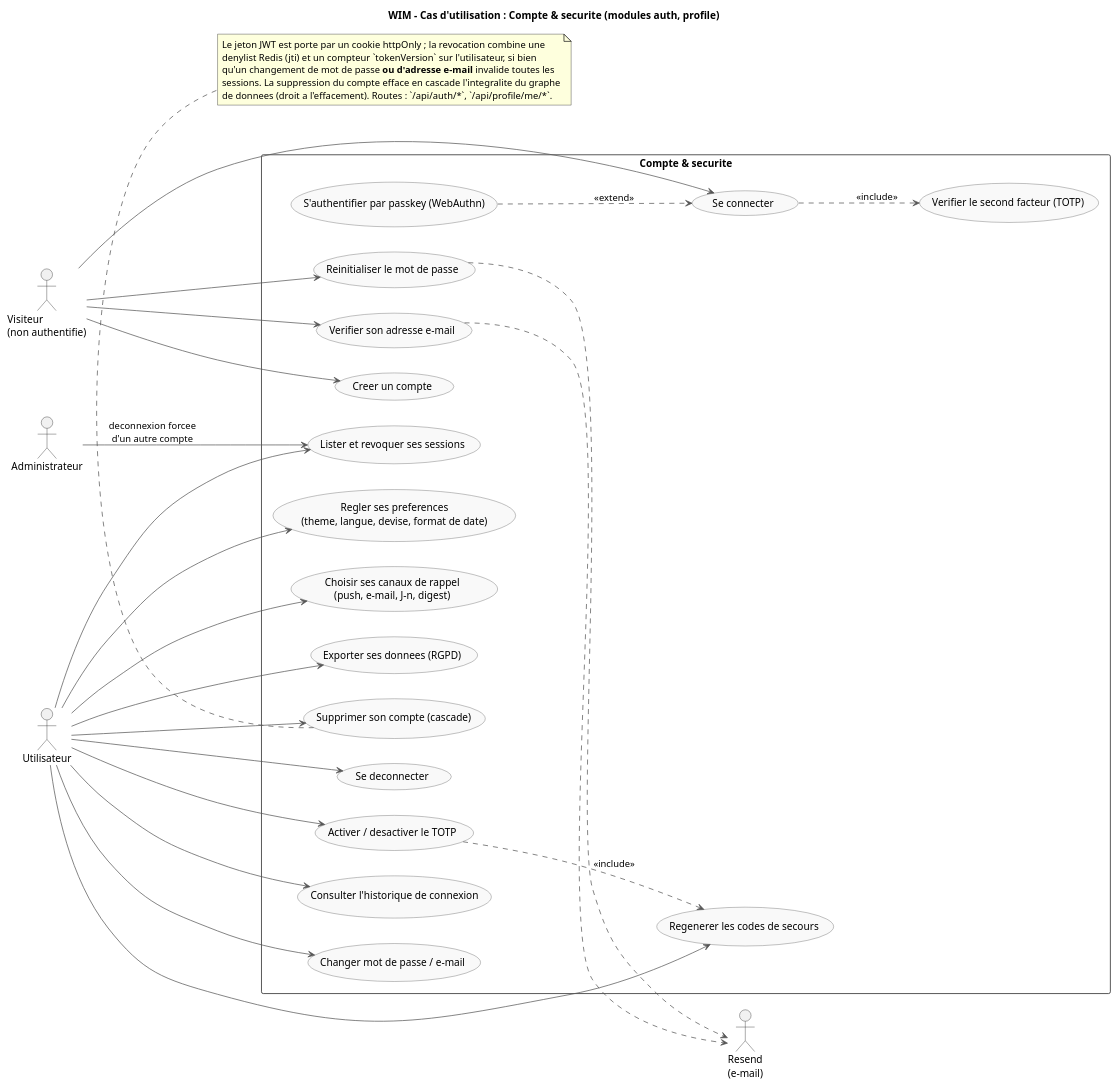
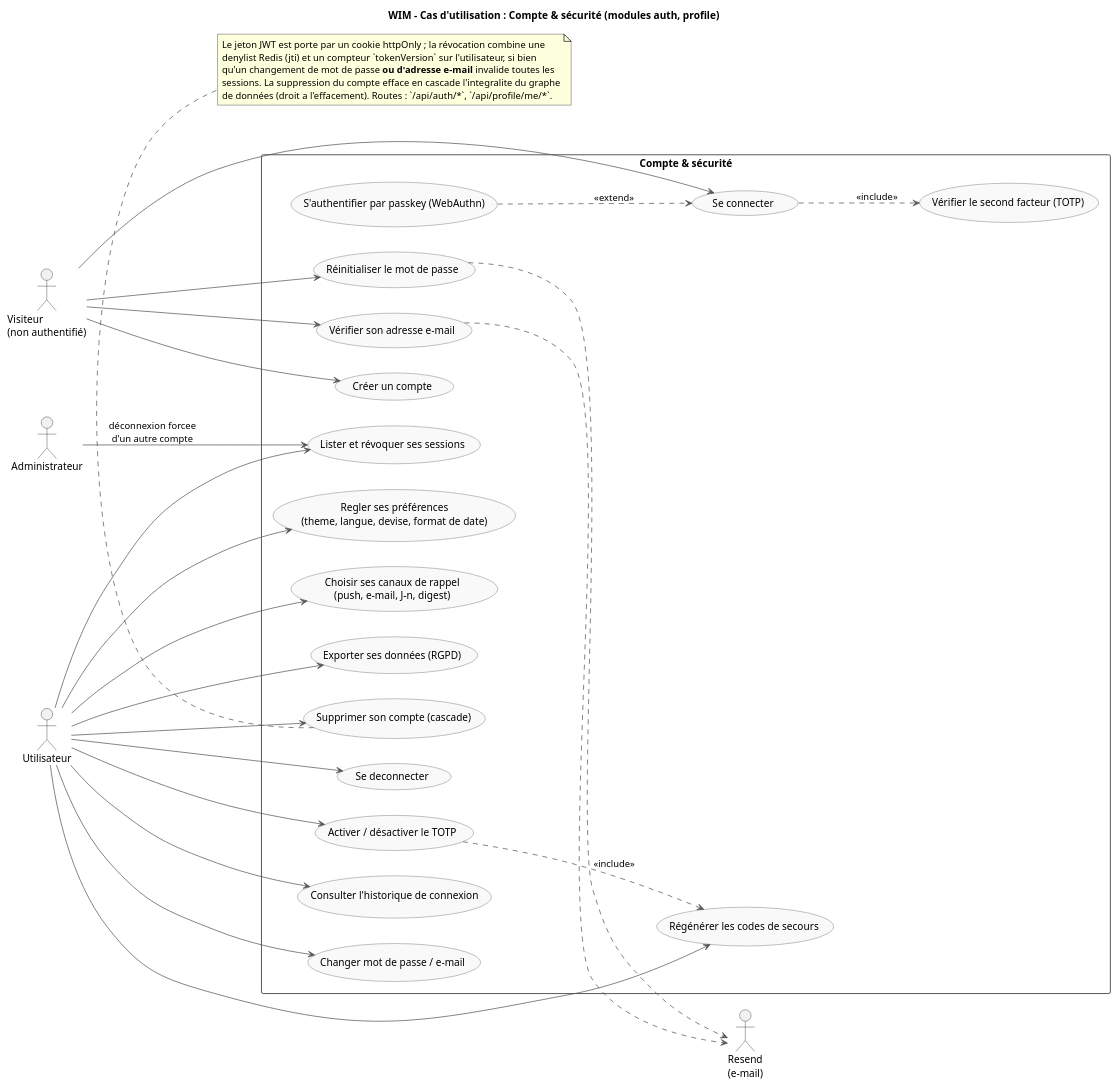
Before and after one commit to SGCSBorges/WIM: the diagram in docs/uml/01a-uc-compte-securite.puml, drawn with PlantUML. The commit also changed 19 other files, not shown here.

First line of the commit message:
UML: restore French accents in the ten new diagram sources

```diff
--- a/docs/uml/01a-uc-compte-securite.puml
+++ b/docs/uml/01a-uc-compte-securite.puml
@@ -1,69 +1,69 @@
 @startuml
-title WIM – Cas d'utilisation : Compte & securite (modules auth, profile)
+title WIM – Cas d'utilisation : Compte & sécurité (modules auth, profile)
 
 left to right direction
 skinparam packageStyle rectangle
 skinparam usecase {
   BackgroundColor #f9f9f9
   BorderColor #555
   ArrowColor #555
 }
 
-actor "Visiteur\n(non authentifie)" as Guest
+actor "Visiteur\n(non authentifié)" as Guest
 actor "Utilisateur" as User
 actor "Administrateur" as Admin
 actor "Resend\n(e-mail)" as Mail
 
-rectangle "Compte & securite" {
-  usecase "Creer un compte" as UC_Register
+rectangle "Compte & sécurité" {
+  usecase "Créer un compte" as UC_Register
   usecase "Se connecter" as UC_Login
-  usecase "Verifier le second facteur (TOTP)" as UC_Totp
+  usecase "Vérifier le second facteur (TOTP)" as UC_Totp
   usecase "S'authentifier par passkey (WebAuthn)" as UC_Passkey
   usecase "Se deconnecter" as UC_Logout
-  usecase "Reinitialiser le mot de passe" as UC_Reset
-  usecase "Verifier son adresse e-mail" as UC_VerifyMail
-  usecase "Activer / desactiver le TOTP" as UC_TotpSetup
-  usecase "Regenerer les codes de secours" as UC_Backup
-  usecase "Lister et revoquer ses sessions" as UC_Sessions
+  usecase "Réinitialiser le mot de passe" as UC_Reset
+  usecase "Vérifier son adresse e-mail" as UC_VerifyMail
+  usecase "Activer / désactiver le TOTP" as UC_TotpSetup
+  usecase "Régénérer les codes de secours" as UC_Backup
+  usecase "Lister et révoquer ses sessions" as UC_Sessions
   usecase "Consulter l'historique de connexion" as UC_History
   usecase "Changer mot de passe / e-mail" as UC_Credentials
-  usecase "Regler ses preferences\n(theme, langue, devise, format de date)" as UC_Prefs
+  usecase "Regler ses préférences\n(theme, langue, devise, format de date)" as UC_Prefs
   usecase "Choisir ses canaux de rappel\n(push, e-mail, J-n, digest)" as UC_Reminders
-  usecase "Exporter ses donnees (RGPD)" as UC_Export
+  usecase "Exporter ses données (RGPD)" as UC_Export
   usecase "Supprimer son compte (cascade)" as UC_Delete
 }
 
 Guest --> UC_Register
 Guest --> UC_Login
 Guest --> UC_Reset
 Guest --> UC_VerifyMail
 
 User --> UC_Logout
 User --> UC_TotpSetup
 User --> UC_Backup
 User --> UC_Sessions
 User --> UC_History
 User --> UC_Credentials
 User --> UC_Prefs
 User --> UC_Reminders
 User --> UC_Export
 User --> UC_Delete
 
-Admin --> UC_Sessions : deconnexion forcee\nd'un autre compte
+Admin --> UC_Sessions : déconnexion forcee\nd'un autre compte
 
-' Include : la connexion execute toujours ces sous-cas quand ils sont armes.
+' Include : la connexion exécute toujours ces sous-cas quand ils sont armés.
 UC_Login ..> UC_Totp : <<include>>
 UC_Passkey ..> UC_Login : <<extend>>
 UC_TotpSetup ..> UC_Backup : <<include>>
 
 UC_Reset ..> Mail
 UC_VerifyMail ..> Mail
 
 note bottom
-Le jeton JWT est porte par un cookie httpOnly ; la revocation combine une
+Le jeton JWT est porte par un cookie httpOnly ; la révocation combine une
 denylist Redis (jti) et un compteur `tokenVersion` sur l'utilisateur, si bien
 qu'un changement de mot de passe **ou d'adresse e-mail** invalide toutes les
 sessions. La suppression du compte efface en cascade l'integralite du graphe
-de donnees (droit a l'effacement). Routes : `/api/auth/*`, `/api/profile/me/*`.
+de données (droit a l'effacement). Routes : `/api/auth/*`, `/api/profile/me/*`.
 end note
 @enduml
```
